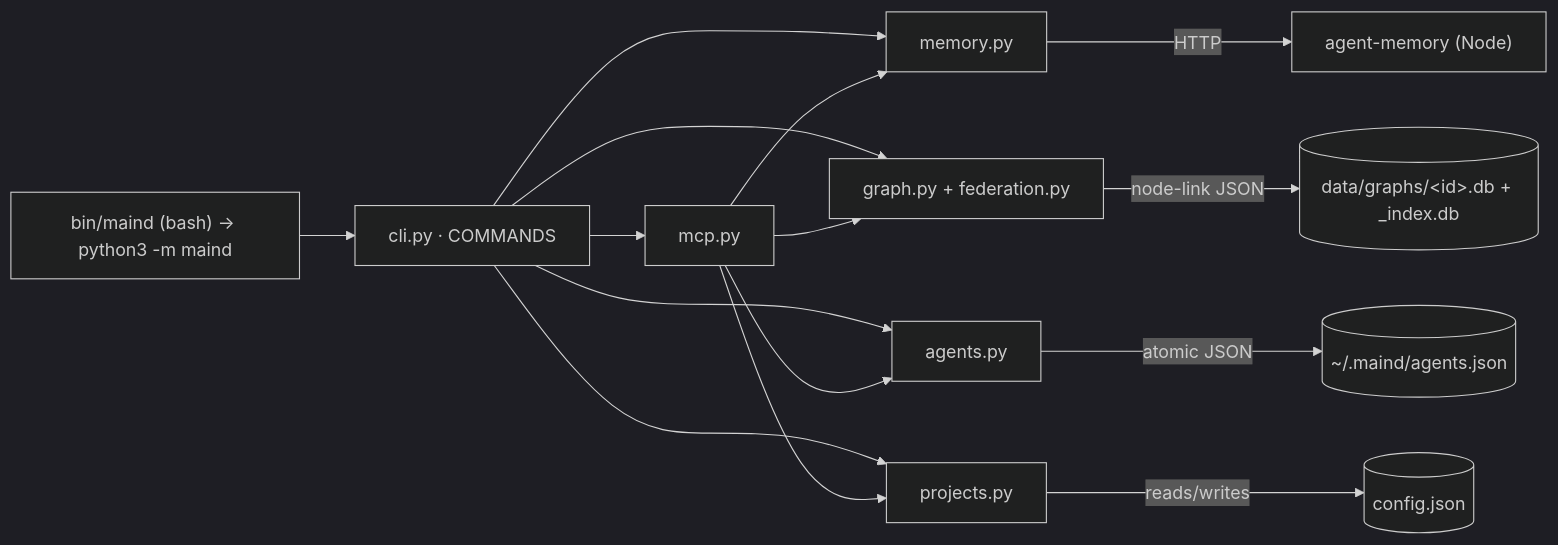
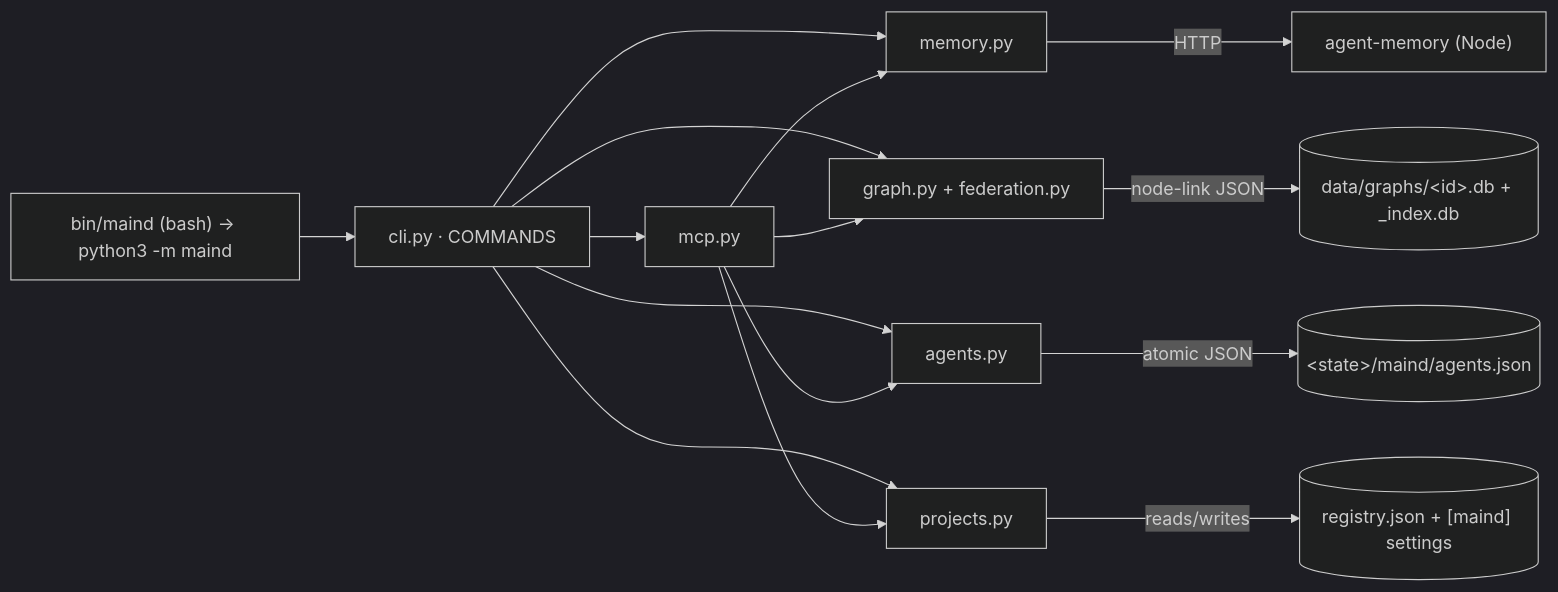
The second of 2 diagrams in packages/maind/docs/architecture.md (academici/swissknifeman), drawn with Mermaid (dark theme) before and after one commit. The commit also changed other lines of this file and 74 other files, not shown here.

````diff
--- a/packages/maind/docs/architecture.md
+++ b/packages/maind/docs/architecture.md
@@ -31,10 +31,10 @@
 ```mermaid
 flowchart LR
   CLI["bin/maind (bash) → python3 -m maind"] --> cli["cli.py · COMMANDS"]
   cli --> mem["memory.py"] & gr["graph.py + federation.py"] & ag["agents.py"] & pr["projects.py"] & mcp["mcp.py"]
   mem -->|HTTP| daemon["agent-memory (Node)"]
   gr -->|node-link JSON| db[("data/graphs/&lt;id&gt;.db + _index.db")]
-  ag -->|atomic JSON| aj[("~/.maind/agents.json")]
-  pr -->|reads/writes| cfg[("config.json")]
+  ag -->|atomic JSON| aj[("&lt;state&gt;/maind/agents.json")]
+  pr -->|reads/writes| cfg[("registry.json + [maind] settings")]
   mcp --> mem & gr & ag & pr
 ```
````
